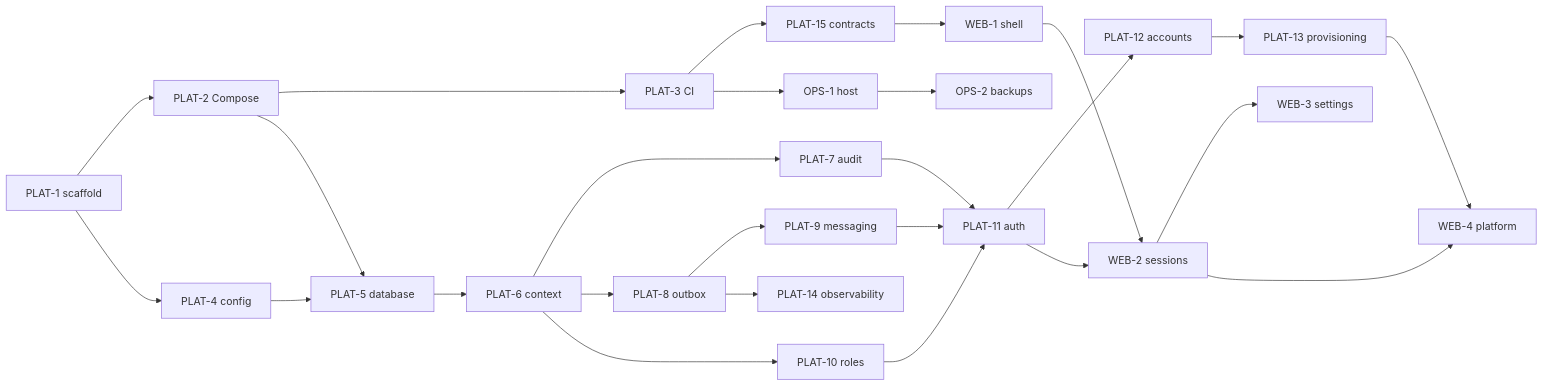
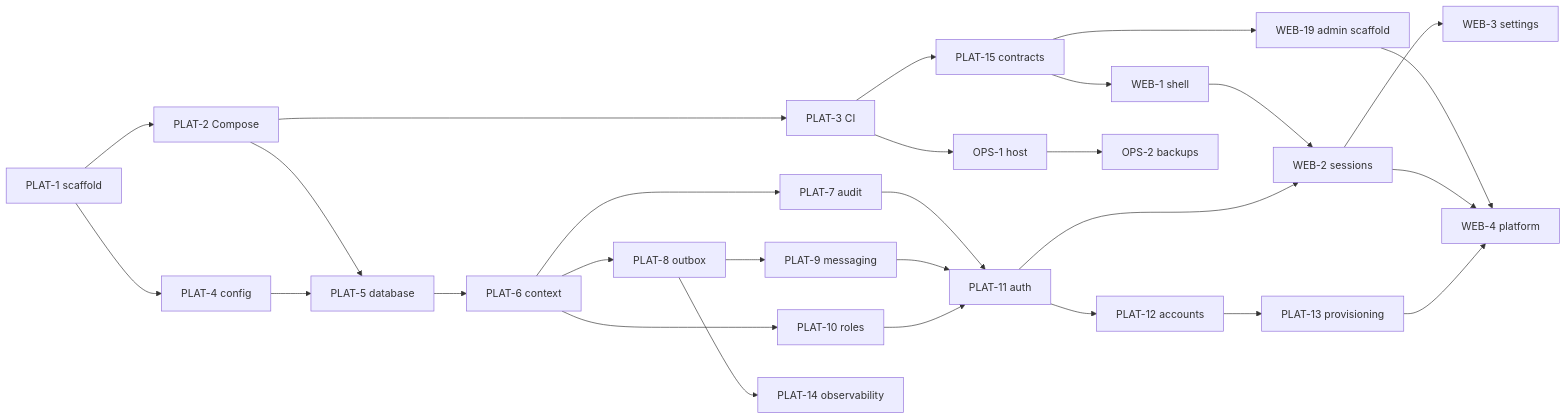
One commit to Marllow-git/eeasy-logistics changed the first of 5 diagrams in docs/roadmap.md. Above: the diagram before and after it, drawn with Mermaid. The commit also changed other lines of this file and 6 other files, not shown here.

````diff
--- a/docs/roadmap.md
+++ b/docs/roadmap.md
@@ -41,28 +42,30 @@
 ```mermaid
 flowchart LR
   PLAT1[PLAT-1 scaffold] --> PLAT2[PLAT-2 Compose]
   PLAT1 --> PLAT4[PLAT-4 config]
   PLAT2 --> PLAT3[PLAT-3 CI]
   PLAT2 --> PLAT5[PLAT-5 database]
   PLAT4 --> PLAT5
   PLAT5 --> PLAT6[PLAT-6 context]
   PLAT6 --> PLAT7[PLAT-7 audit]
   PLAT6 --> PLAT8[PLAT-8 outbox]
   PLAT6 --> PLAT10[PLAT-10 roles]
   PLAT8 --> PLAT9[PLAT-9 messaging]
   PLAT7 --> PLAT11[PLAT-11 auth]
   PLAT9 --> PLAT11
   PLAT10 --> PLAT11
   PLAT11 --> PLAT12[PLAT-12 accounts]
   PLAT12 --> PLAT13[PLAT-13 provisioning]
   PLAT8 --> PLAT14[PLAT-14 observability]
   PLAT3 --> PLAT15[PLAT-15 contracts]
   PLAT15 --> WEB1[WEB-1 shell]
+  PLAT15 --> WEB19[WEB-19 admin scaffold]
+  WEB19 --> WEB4
   WEB1 --> WEB2[WEB-2 sessions]
   PLAT11 --> WEB2
   WEB2 --> WEB3[WEB-3 settings]
   WEB2 --> WEB4[WEB-4 platform]
   PLAT13 --> WEB4
   PLAT3 --> OPS1[OPS-1 host]
   OPS1 --> OPS2[OPS-2 backups]
 ```
````
